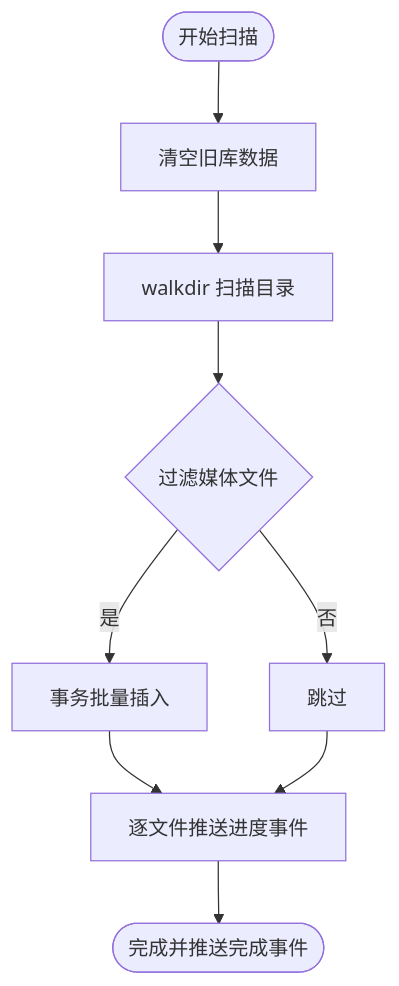
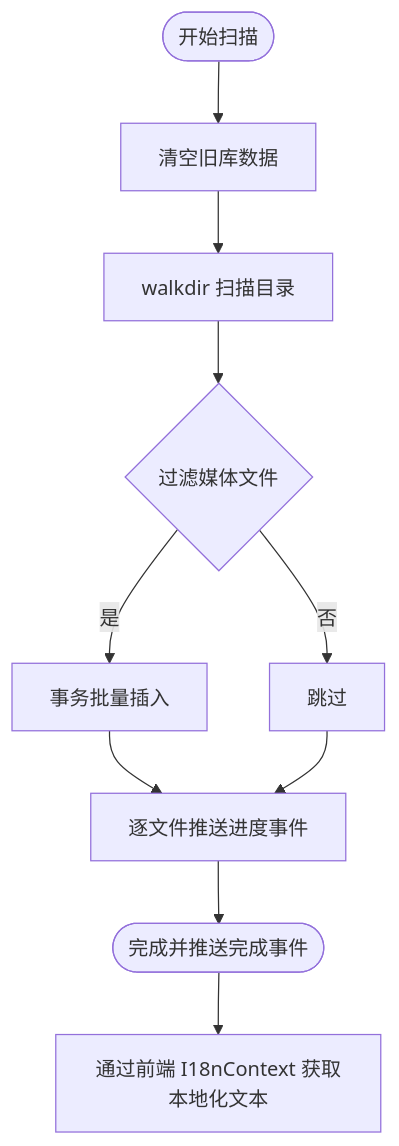
One commit to YLee9527/Medex changed the fourth of 10 diagrams in doc/repowiki/zh/content/后端开发/后端开发.md. Above: the diagram before and after it, drawn with Mermaid. The commit also changed other lines of this file and 31 other files, not shown here.

First line of the commit message:
docs(doc): 添加部署脚本、锁屏功能、发布指南及设置按钮图标文档

````diff
--- a/doc/repowiki/zh/content/后端开发/后端开发.md
+++ b/doc/repowiki/zh/content/后端开发/后端开发.md
@@ -232,11 +247,12 @@
 ```mermaid
 flowchart TD
 Start(["开始扫描"]) --> Clean["清空旧库数据"]
 Clean --> Scan["walkdir 扫描目录"]
 Scan --> Filter{"过滤媒体文件"}
 Filter --> |是| BatchInsert["事务批量插入"]
 Filter --> |否| Skip["跳过"]
 BatchInsert --> Emit["逐文件推送进度事件"]
 Skip --> Emit
 Emit --> Done(["完成并推送完成事件"])
+Done --> Notify["通过前端 I18nContext 获取本地化文本"]
 ```
````
